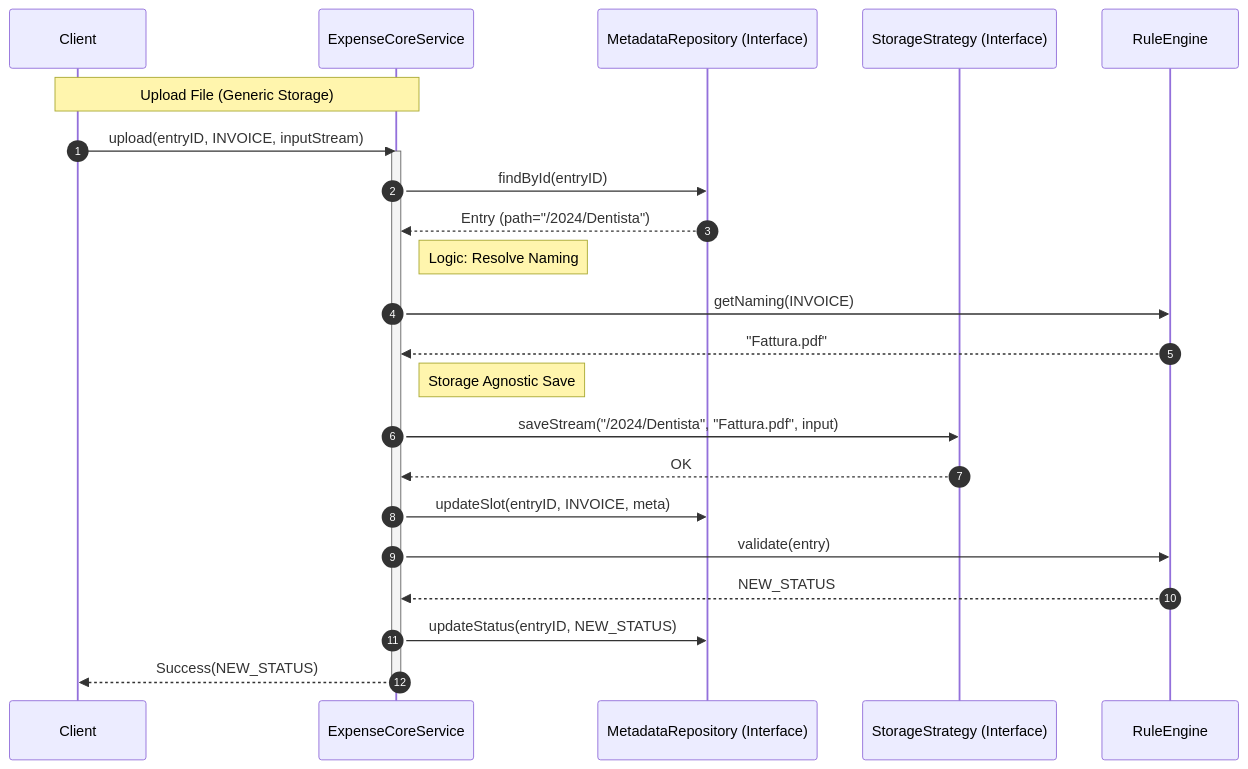
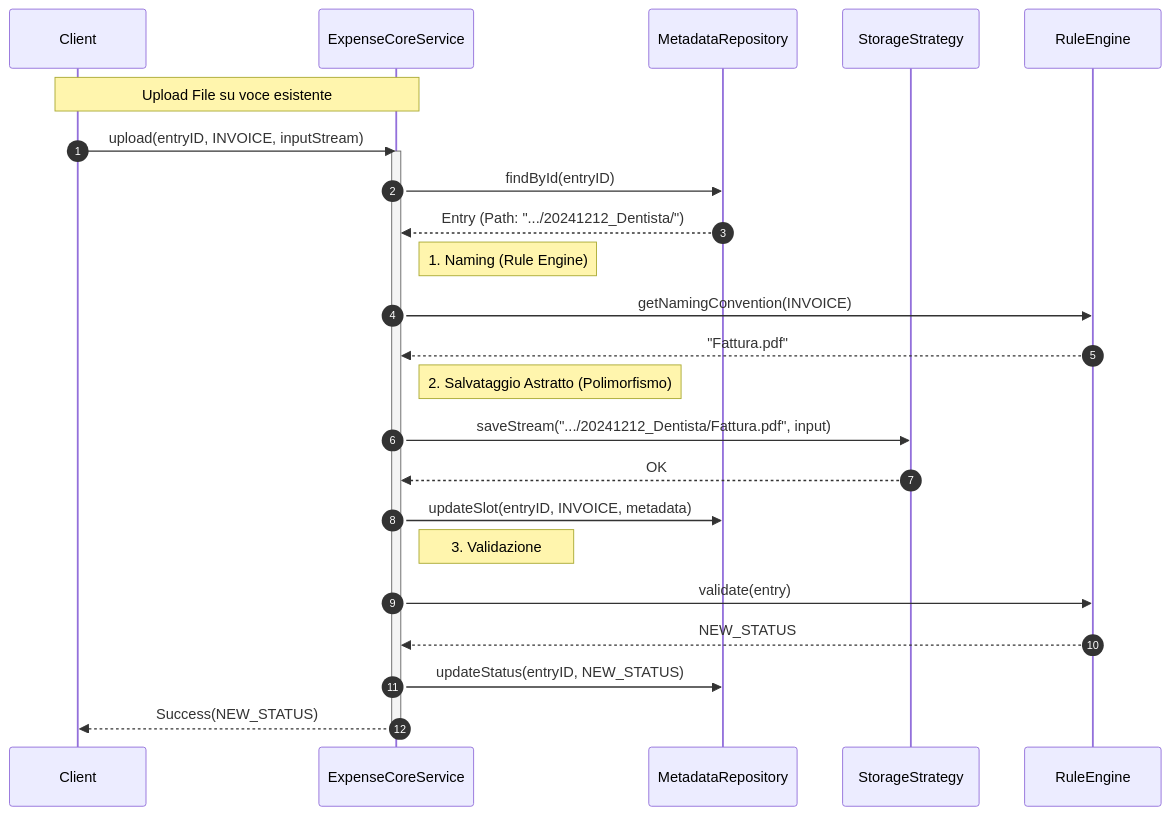
One commit to simopugliese/TaxReport changed the diagram in TaxReport/src/main/java/SequenceDiagram.mmd. Above: the diagram before and after it, drawn with Mermaid. The commit also changed 3 other files, not shown here.

```diff
--- a/TaxReport/src/main/java/SequenceDiagram.mmd
+++ b/TaxReport/src/main/java/SequenceDiagram.mmd
@@ -1,33 +1,34 @@
 sequenceDiagram
     autonumber
     participant UI as Client
     participant Core as ExpenseCoreService
-    participant Repo as MetadataRepository (Interface)
-    participant Store as StorageStrategy (Interface)
+    participant Repo as MetadataRepository
+    participant Store as StorageStrategy
     participant Rule as RuleEngine
 
-    Note over UI, Core: Upload File (Generic Storage)
+    Note over UI, Core: Upload File su voce esistente
 
     UI->>Core: upload(entryID, INVOICE, inputStream)
     activate Core
 
     Core->>Repo: findById(entryID)
-    Repo-->>Core: Entry (path="/2024/Dentista")
+    Repo-->>Core: Entry (Path: ".../20241212_Dentista/")
 
-    Note right of Core: Logic: Resolve Naming
-    Core->>Rule: getNaming(INVOICE)
+    Note right of Core: 1. Naming (Rule Engine)
+    Core->>Rule: getNamingConvention(INVOICE)
     Rule-->>Core: "Fattura.pdf"
 
-    Note right of Core: Storage Agnostic Save
-    Core->>Store: saveStream("/2024/Dentista", "Fattura.pdf", input)
+    Note right of Core: 2. Salvataggio Astratto (Polimorfismo)
+    Core->>Store: saveStream(".../20241212_Dentista/Fattura.pdf", input)
     Store-->>Core: OK
 
-    Core->>Repo: updateSlot(entryID, INVOICE, meta)
+    Core->>Repo: updateSlot(entryID, INVOICE, metadata)
 
+    Note right of Core: 3. Validazione
     Core->>Rule: validate(entry)
     Rule-->>Core: NEW_STATUS
 
     Core->>Repo: updateStatus(entryID, NEW_STATUS)
 
     Core-->>UI: Success(NEW_STATUS)
     deactivate Core
```
